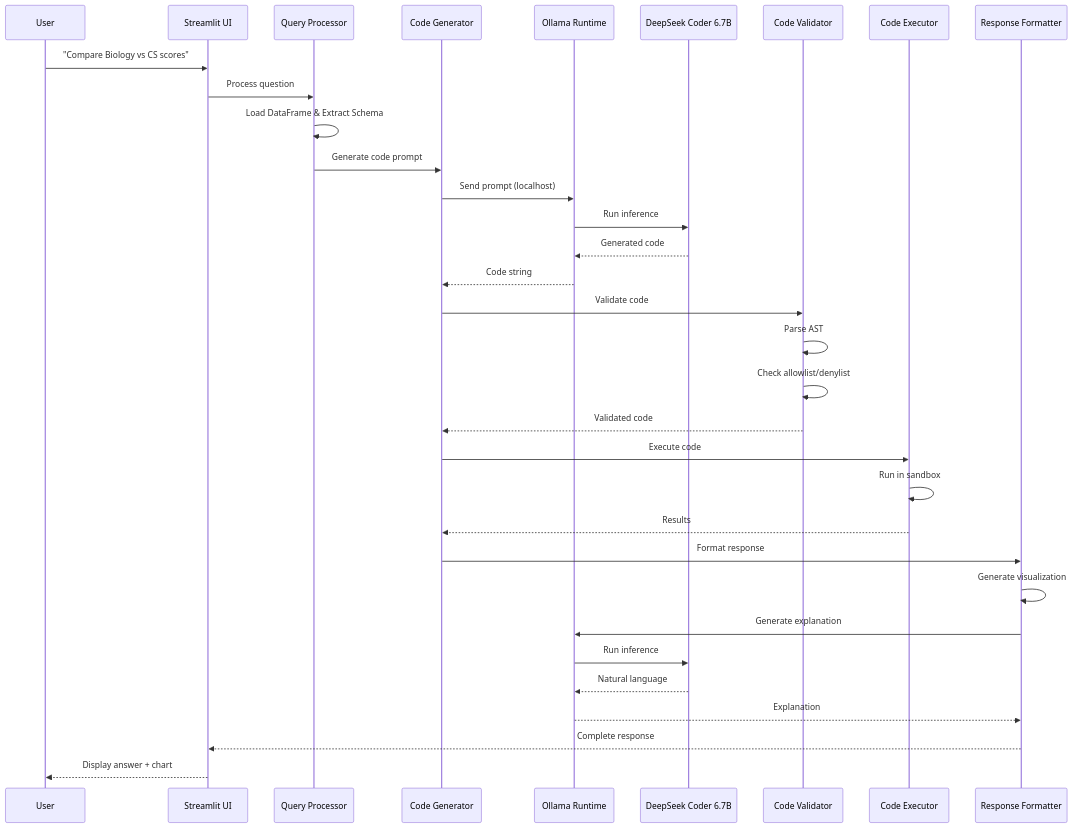
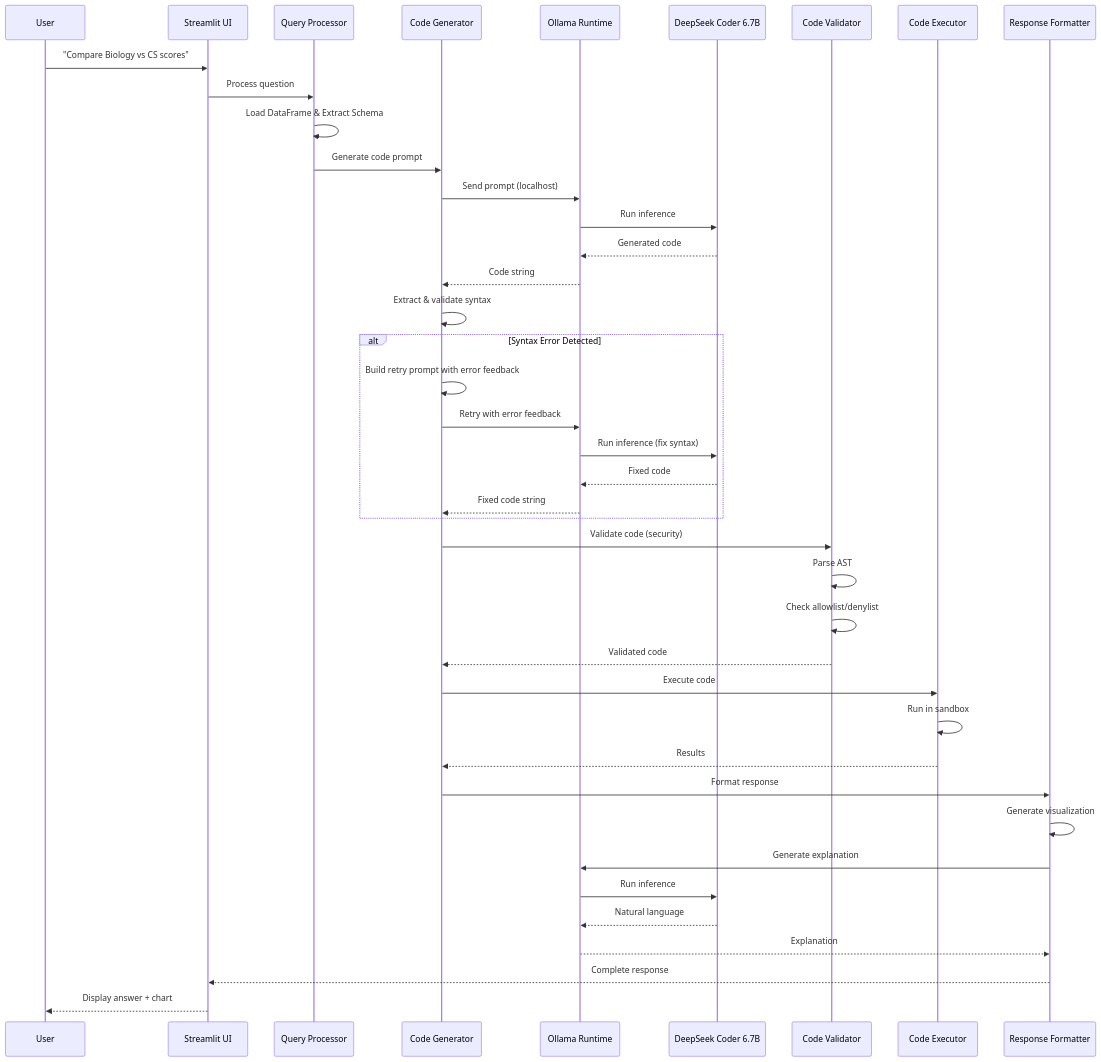
The second of 5 diagrams in README.md (XORbit01/educational-data-chatbot), drawn with Mermaid before and after one commit. The commit also changed other lines of this file and 1 other file, not shown here.

Commit message:
📚 Update architecture diagrams and remove unused syntax fix function

````diff
--- a/README.md
+++ b/README.md
@@ -121,36 +121,44 @@
 ```mermaid
 sequenceDiagram
     participant User
     participant UI as Streamlit UI
     participant QP as Query Processor
     participant CG as Code Generator
     participant Ollama as Ollama Runtime
     participant DeepSeek as DeepSeek Coder 6.7B
     participant CV as Code Validator
     participant CE as Code Executor
     participant RF as Response Formatter
     
     User->>UI: "Compare Biology vs CS scores"
     UI->>QP: Process question
     QP->>QP: Load DataFrame & Extract Schema
     QP->>CG: Generate code prompt
     CG->>Ollama: Send prompt (localhost)
     Ollama->>DeepSeek: Run inference
     DeepSeek-->>Ollama: Generated code
     Ollama-->>CG: Code string
-    CG->>CV: Validate code
+    CG->>CG: Extract & validate syntax
+    alt Syntax Error Detected
+        CG->>CG: Build retry prompt with error feedback
+        CG->>Ollama: Retry with error feedback
+        Ollama->>DeepSeek: Run inference (fix syntax)
+        DeepSeek-->>Ollama: Fixed code
+        Ollama-->>CG: Fixed code string
+    end
+    CG->>CV: Validate code (security)
     CV->>CV: Parse AST
     CV->>CV: Check allowlist/denylist
     CV-->>CG: Validated code
     CG->>CE: Execute code
     CE->>CE: Run in sandbox
     CE-->>CG: Results
     CG->>RF: Format response
     RF->>RF: Generate visualization
     RF->>Ollama: Generate explanation
     Ollama->>DeepSeek: Run inference
     DeepSeek-->>Ollama: Natural language
     Ollama-->>RF: Explanation
     RF-->>UI: Complete response
     UI-->>User: Display answer + chart
 ```
````
